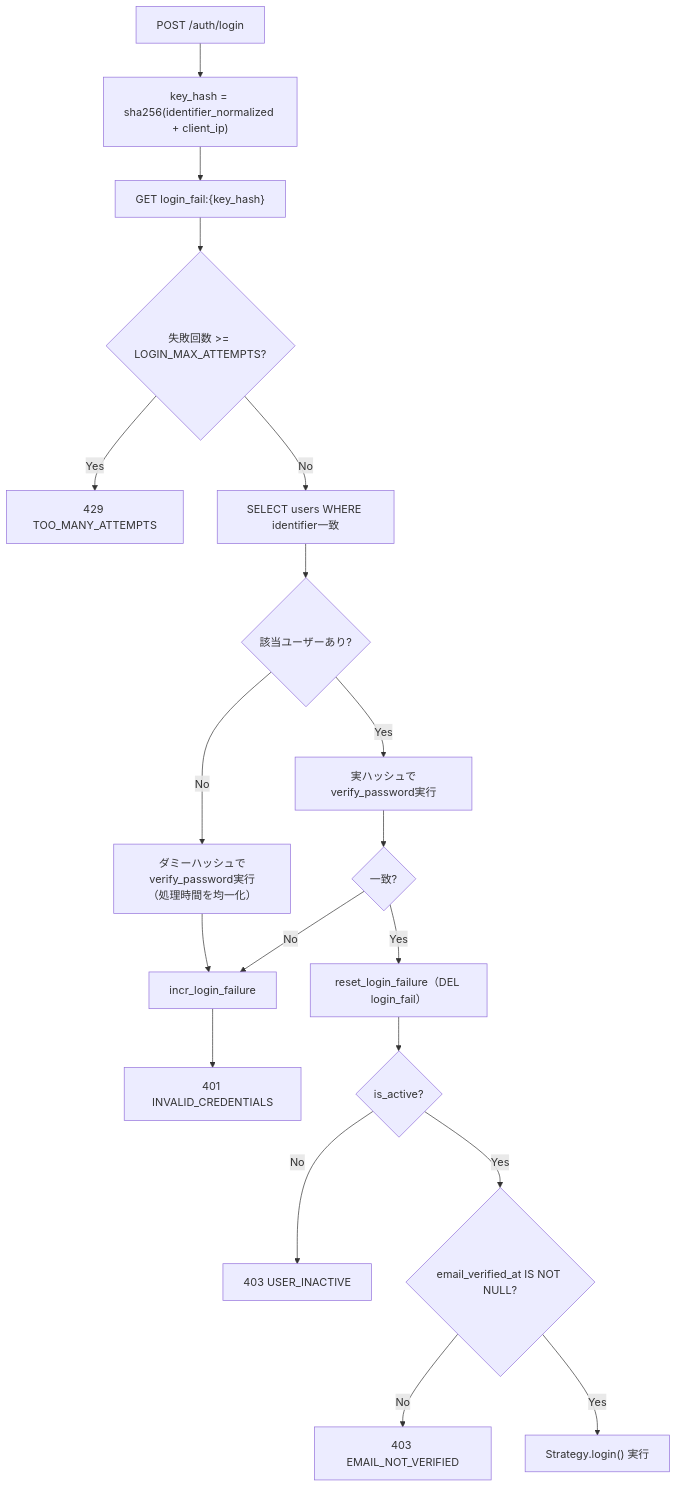
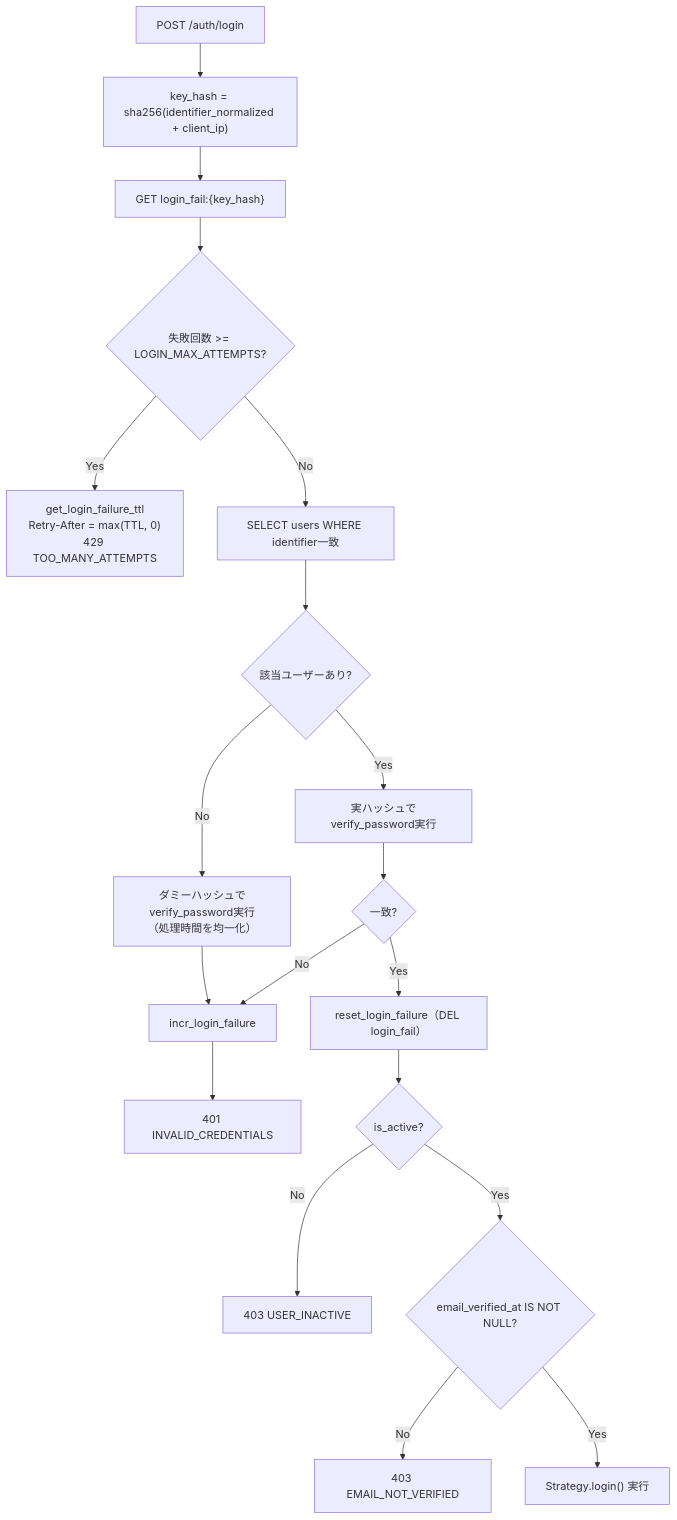
One commit to oikawa-d/task_management changed the third of 5 diagrams in docs/detailed_design/auth/07_password_security.md. Above: the diagram before and after it, drawn with Mermaid. The commit also changed other lines of this file and 3 other files, not shown here.

````diff
--- a/docs/detailed_design/auth/07_password_security.md
+++ b/docs/detailed_design/auth/07_password_security.md
@@ -119,21 +122,21 @@
 ```mermaid
 flowchart TB
     A["POST /auth/login"] --> B["key_hash = sha256(identifier_normalized + client_ip)"]
     B --> C["GET login_fail:{key_hash}"]
     C --> D{"失敗回数 >= LOGIN_MAX_ATTEMPTS?"}
-    D -->|Yes| E["429 TOO_MANY_ATTEMPTS"]
+    D -->|Yes| E["get_login_failure_ttl<br/>Retry-After = max(TTL, 0)<br/>429 TOO_MANY_ATTEMPTS"]
     D -->|No| F["SELECT users WHERE identifier一致"]
     F --> G{"該当ユーザーあり?"}
     G -->|No| H["ダミーハッシュでverify_password実行<br/>（処理時間を均一化）"]
     G -->|Yes| I["実ハッシュでverify_password実行"]
     H --> J["incr_login_failure"]
     I --> K{"一致?"}
     K -->|No| J
     J --> L["401 INVALID_CREDENTIALS"]
     K -->|Yes| M["reset_login_failure（DEL login_fail）"]
     M --> N{"is_active?"}
     N -->|No| O["403 USER_INACTIVE"]
     N -->|Yes| P{"email_verified_at IS NOT NULL?"}
     P -->|No| Q["403 EMAIL_NOT_VERIFIED"]
     P -->|Yes| R["Strategy.login() 実行"]
 ```
````
